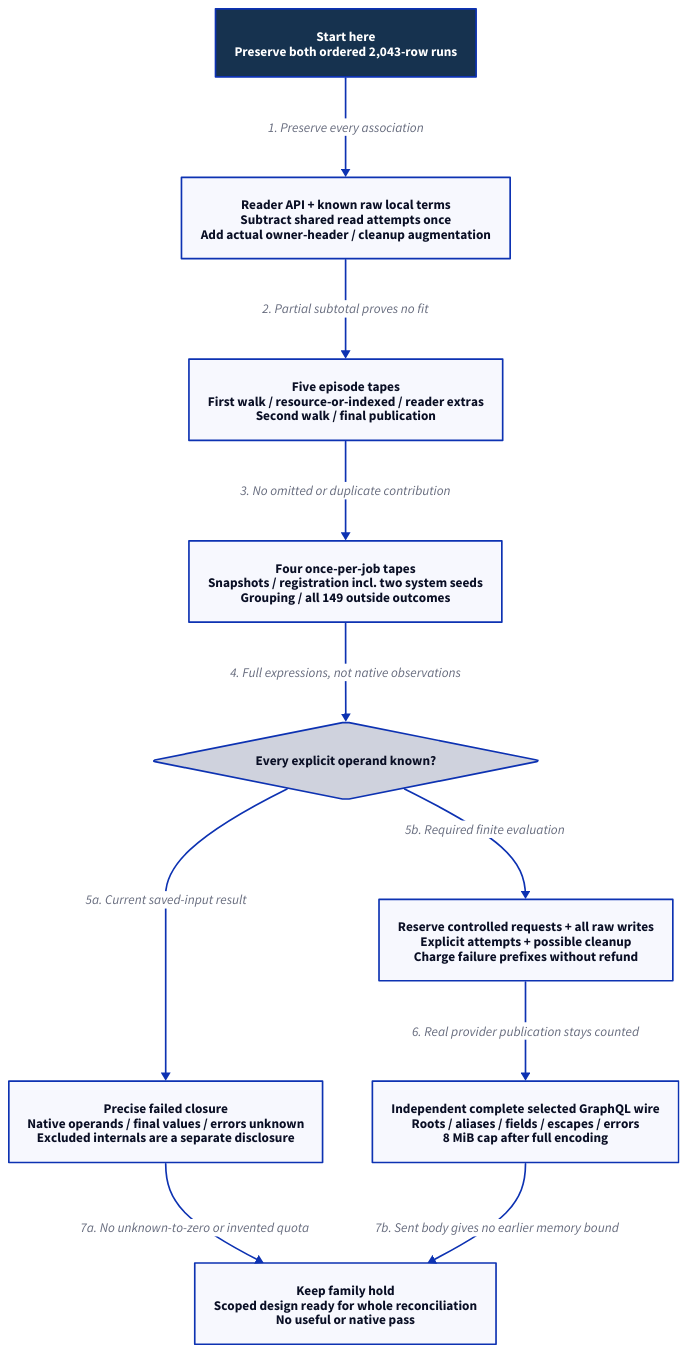
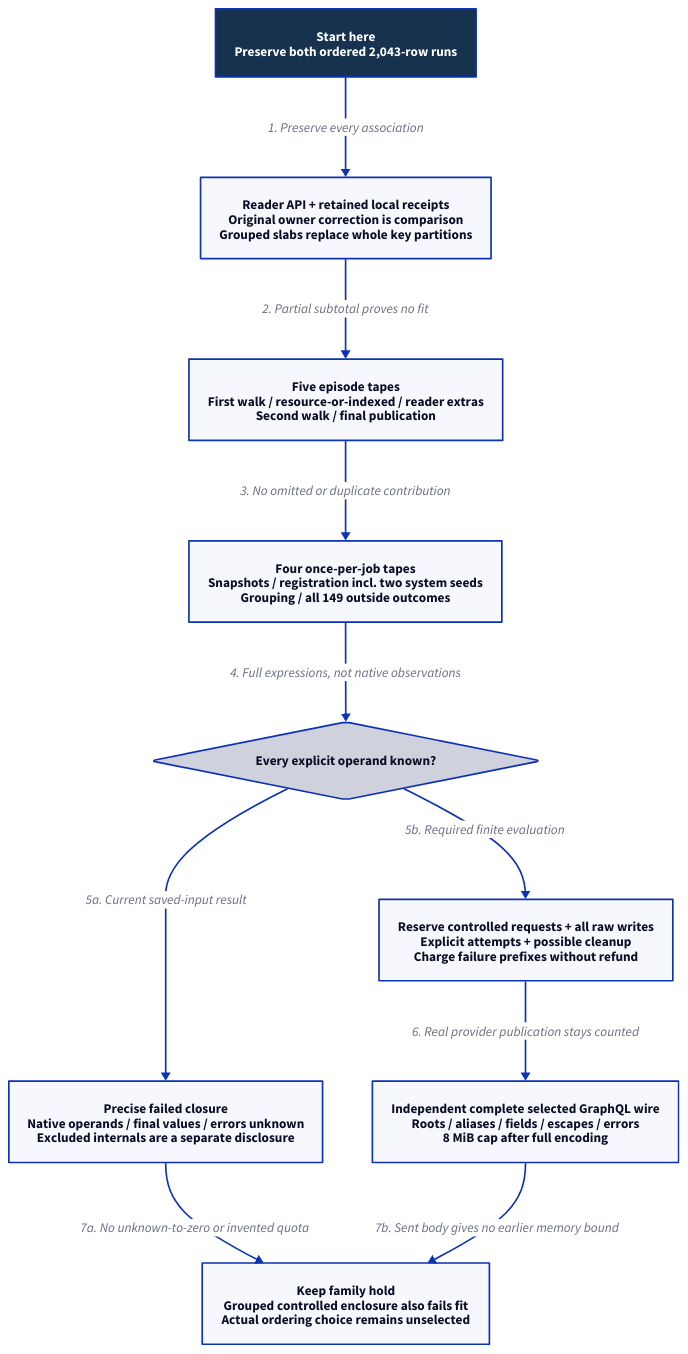
One commit to Linkuistics/Koine changed the diagram in docs/design/architecture/native-metadata-composition.d2. Above: the diagram before and after it, drawn with D2. The commit also changed 49 other files, not shown here.

```diff
--- a/docs/design/architecture/native-metadata-composition.d2
+++ b/docs/design/architecture/native-metadata-composition.d2
@@ -1,23 +1,23 @@
 direction: down
 start: "Start here\nPreserve both ordered 2,043-row runs" {
  style.fill: "#16324f"
  style.font-color: white
  style.bold: true
 }
-known: "Reader API + known raw local terms\nSubtract shared read attempts once\nAdd actual owner-header / cleanup augmentation"
+known: "Reader API + retained local receipts\nOriginal owner correction is comparison\nGrouped slabs replace whole key partitions"
 episodes: "Five episode tapes\nFirst walk / resource-or-indexed / reader extras\nSecond walk / final publication"
 job: "Four once-per-job tapes\nSnapshots / registration incl. two system seeds\nGrouping / all 149 outside outcomes"
 complete: "Every explicit operand known?" { shape: diamond }
 reserve: "Reserve controlled requests + all raw writes\nExplicit attempts + possible cleanup\nCharge failure prefixes without refund"
 unknown: "Precise failed closure\nNative operands / final values / errors unknown\nExcluded internals are a separate disclosure"
 wire: "Independent complete selected GraphQL wire\nRoots / aliases / fields / escapes / errors\n8 MiB cap after full encoding"
-hold: "Keep family hold\nScoped design ready for whole reconciliation\nNo useful or native pass"
+hold: "Keep family hold\nGrouped controlled enclosure also fails fit\nActual ordering choice remains unselected"
 start -> known: "1. Preserve every association"
 known -> episodes: "2. Partial subtotal proves no fit"
 episodes -> job: "3. No omitted or duplicate contribution"
 job -> complete: "4. Full expressions, not native observations"
 complete -> unknown: "5a. Current saved-input result"
 complete -> reserve: "5b. Required finite evaluation"
 reserve -> wire: "6. Real provider publication stays counted"
 unknown -> hold: "7a. No unknown-to-zero or invented quota"
 wire -> hold: "7b. Sent body gives no earlier memory bound"
```
